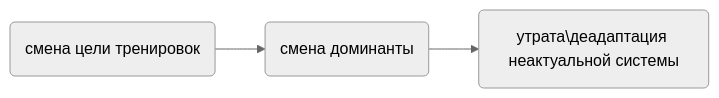
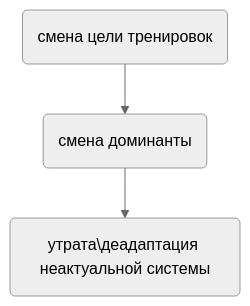
One commit to DivDisable/bakufu-front changed the fourth of 4 diagrams in docs/fundamentals/adaptation.md. Above: the diagram before and after it, drawn with Mermaid (neutral theme). The commit also changed other lines of this file and 3 other files, not shown here.

````diff
--- a/docs/fundamentals/adaptation.md
+++ b/docs/fundamentals/adaptation.md
@@ -197,5 +203,5 @@
 ```mermaid
-graph LR;
+graph TD;
 	A(смена цели тренировок) --> B(смена доминанты)
 	B --> C(утрата\деадаптация неактуальной системы)
 ```
````
